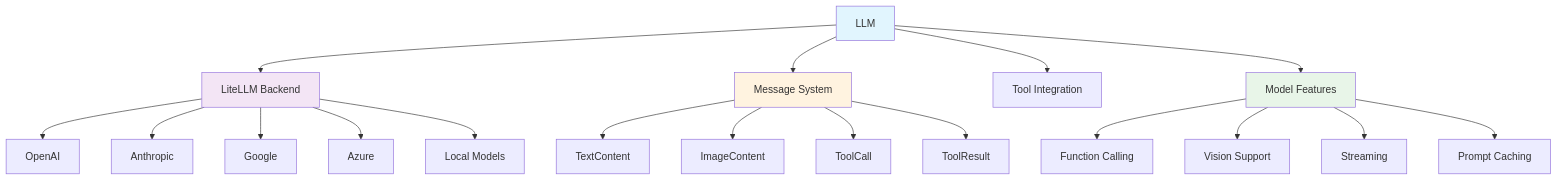
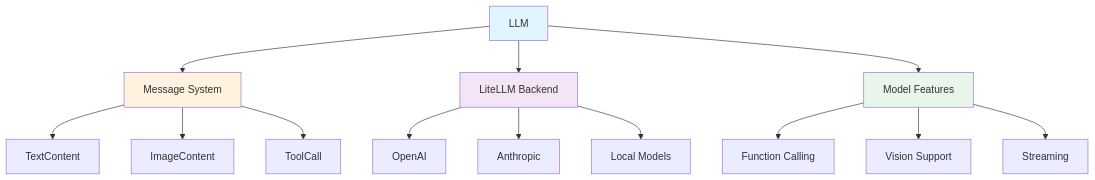
The diagram in agent-sdk/architecture/llm.mdx (OpenHands/docs), drawn with Mermaid before and after one commit. The commit also changed other lines of this file and 5 other files, not shown here.

````diff
--- a/agent-sdk/architecture/llm.mdx
+++ b/agent-sdk/architecture/llm.mdx
@@ -10,28 +10,23 @@
 ```mermaid
-graph TB
-    LLM[LLM] --> LiteLLM[LiteLLM Backend]
-    LLM --> Messages[Message System]
-    LLM --> Tools[Tool Integration]
+graph TD
+    LLM[LLM] --> Messages[Message System]
+    LLM --> Backend[LiteLLM Backend]
     LLM --> Features[Model Features]
     
     Messages --> TextContent[TextContent]
     Messages --> ImageContent[ImageContent]
     Messages --> ToolCall[ToolCall]
-    Messages --> ToolResult[ToolResult]
     
     Features --> FunctionCalling[Function Calling]
     Features --> Vision[Vision Support]
     Features --> Streaming[Streaming]
-    Features --> Caching[Prompt Caching]
     
-    LiteLLM --> OpenAI[OpenAI]
-    LiteLLM --> Anthropic[Anthropic]
-    LiteLLM --> Google[Google]
-    LiteLLM --> Azure[Azure]
-    LiteLLM --> Local[Local Models]
+    Backend --> OpenAI[OpenAI]
+    Backend --> Anthropic[Anthropic]
+    Backend --> Local[Local Models]
     
     style LLM fill:#e1f5fe
     style Messages fill:#fff3e0
     style Features fill:#e8f5e8
-    style LiteLLM fill:#f3e5f5
+    style Backend fill:#f3e5f5
 ```
````
